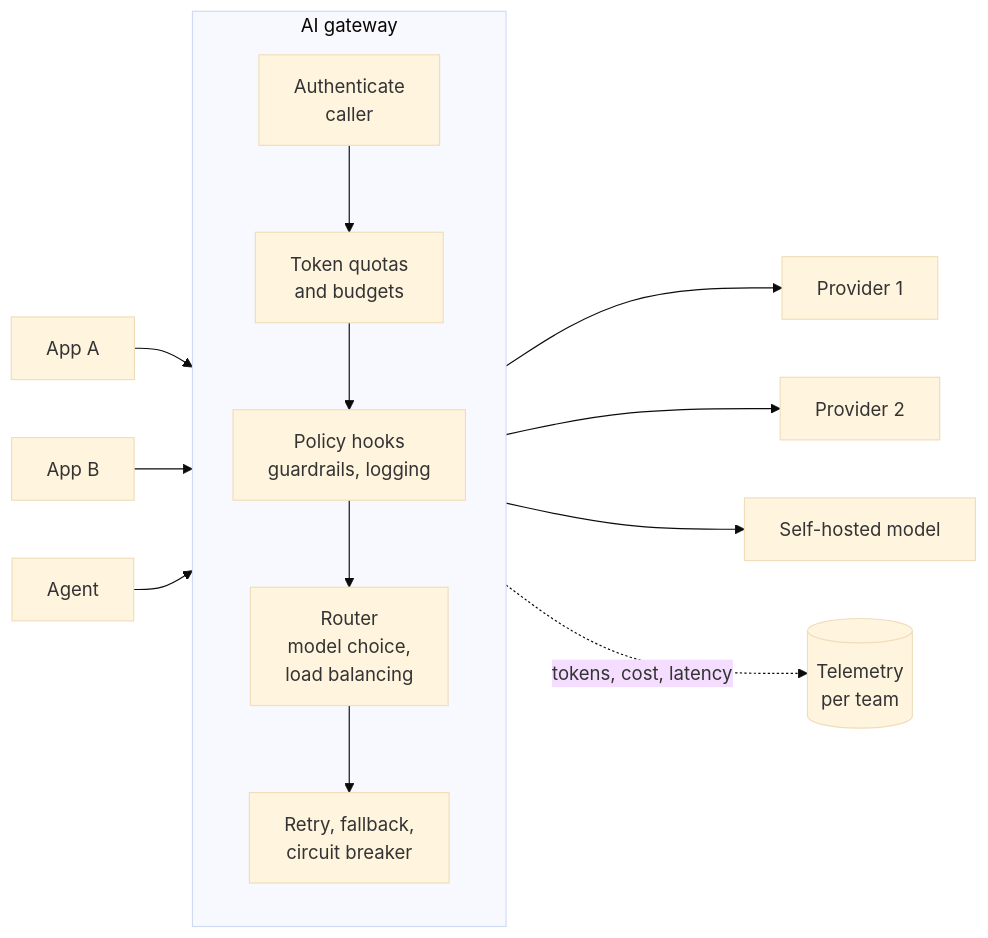
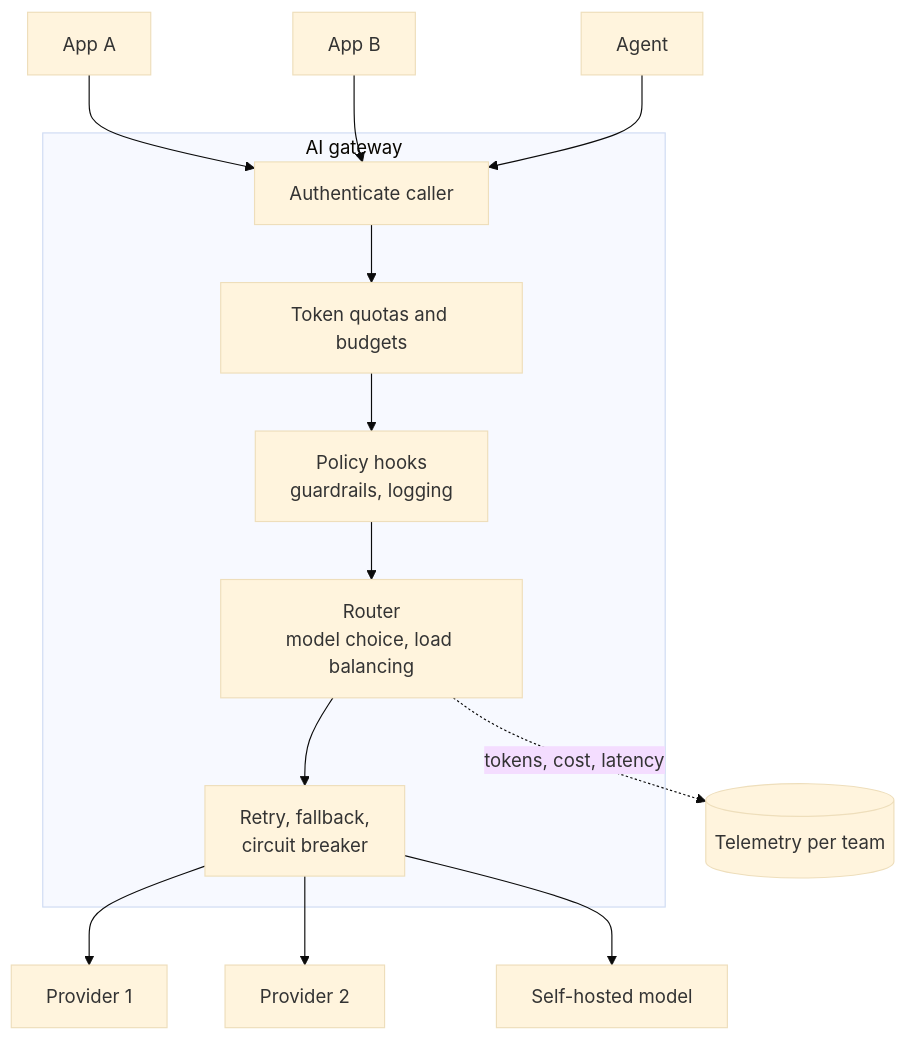
One commit to daneb/ai-system-design-primer changed the diagram in images/src/dd-3.1-ai-gateway-and-router.mmd. Above: the diagram before and after it, drawn with Mermaid (base theme). The commit also changed 151 other files, not shown here.

```diff
--- a/images/src/dd-3.1-ai-gateway-and-router.mmd
+++ b/images/src/dd-3.1-ai-gateway-and-router.mmd
@@ -1,16 +1,8 @@
-%% alt: Diagram for 3.1 AI gateway and router: deep dive: App A, App B, Agent, AI gateway, Authenticate caller, Token quotas and budgets, Policy hooks guardrails, logging, Router model choice, load balancing, Retry, fallback, circuit breaker
-flowchart LR
-  A1[App A] --> G
-  A2[App B] --> G
-  A3[Agent] --> G
+%% alt: Apps and agents send every model call through an AI gateway, which authenticates the caller, applies token quotas and budgets, runs policy hooks for guardrails and logging, routes to a model with load balancing, and handles retries, fallback and circuit breaking across two providers and a self-hosted model. The gateway records tokens, cost and latency per team.
+flowchart TB
+  A1[App A]:::human & A2[App B]:::human & A3[Agent]:::model --> AU
   subgraph G[AI gateway]
-    direction TB
-    AU[Authenticate<br/>caller] --> Q[Token quotas<br/>and budgets]
-    Q --> P[Policy hooks<br/>guardrails, logging]
-    P --> R[Router<br/>model choice,<br/>load balancing]
-    R --> F[Retry, fallback,<br/>circuit breaker]
+    AU[Authenticate caller]:::control --> Q[Token quotas and budgets]:::control --> P[Policy hooks<br/>guardrails, logging]:::control --> R[Router<br/>model choice, load balancing]:::control --> F[Retry, fallback,<br/>circuit breaker]:::control
   end
-  F --> M1[Provider 1]
-  F --> M2[Provider 2]
-  F --> M3[Self-hosted model]
-  G -. tokens, cost, latency .-> O[(Telemetry<br/>per team)]
+  F --> M1[Provider 1]:::model & M2[Provider 2]:::model & M3[Self-hosted model]:::model
+  R -.->|tokens, cost, latency| O[(Telemetry per team)]:::data
```
